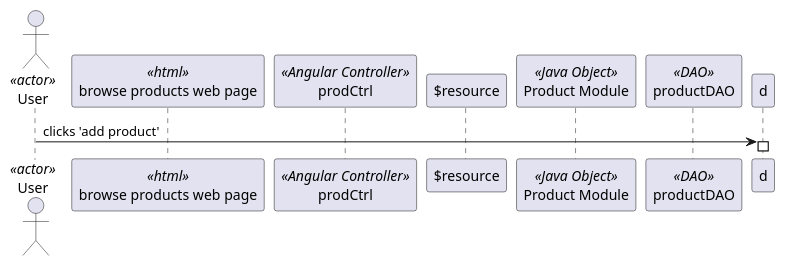
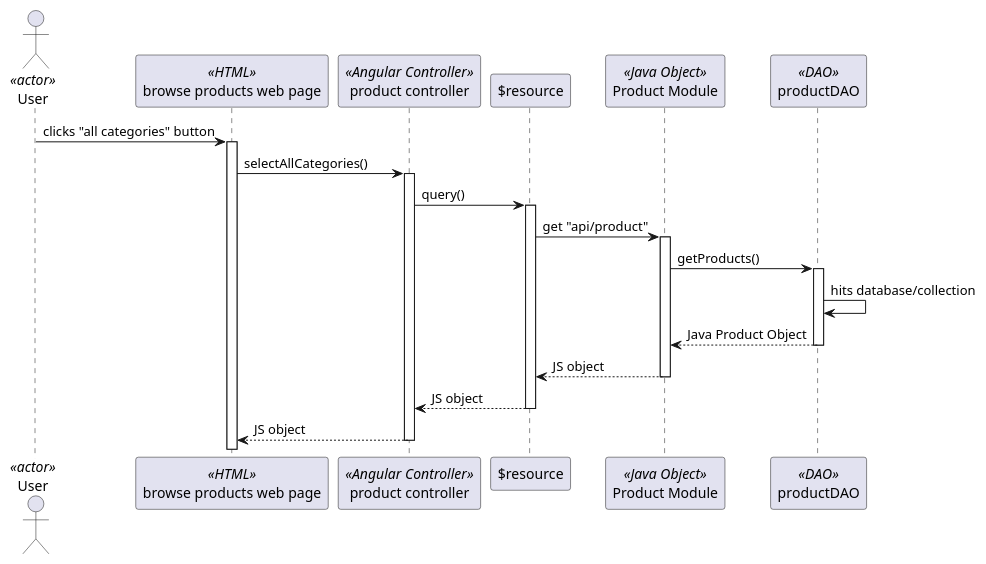
The diagram in diagrams/viewAllCategories.puml (swaxmymoose/shopping_system), drawn with PlantUML before and after one commit.

Commit message:
finished diagram
Closes #26

```diff
--- a/diagrams/viewAllCategories.puml
+++ b/diagrams/viewAllCategories.puml
@@ -1,12 +1,26 @@
 @startuml
 actor User<<actor>>
-participant "browse products web page" <<html>>
-participant "prodCtrl" <<Angular Controller>>
-participant "$resource"
-participant "Product Module" <<Java Object>>
+participant "browse products web page" as page<<HTML>>
+participant "product controller" as prodCtrl<<Angular Controller>>
+participant "$resource" as resource
+participant "Product Module" as module <<Java Object>>
 participant "productDAO" as dao <<DAO>>
 
 
 
-User -> d++ : clicks 'add product'
+User -> page++: clicks "all categories" button
+page -> prodCtrl++: selectAllCategories()
+prodCtrl -> resource++: query()
+resource -> module++: get "api/product"
+module -> dao++: getProducts()
+dao -> dao: hits database/collection
+dao-->module: Java Product Object
+dao--
+module --> resource: JS object
+module--
+resource --> prodCtrl: JS object
+resource--
+prodCtrl --> page: JS object
+prodCtrl--
+dao--
 @enduml
```
